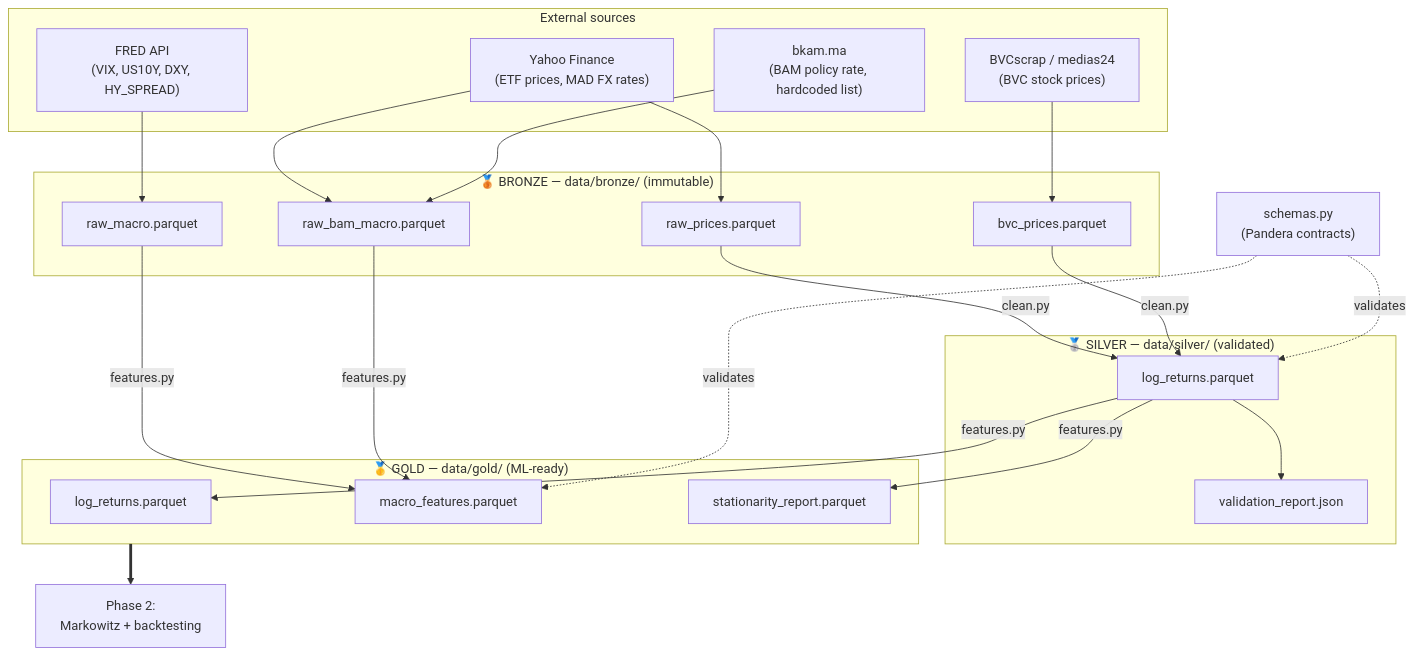
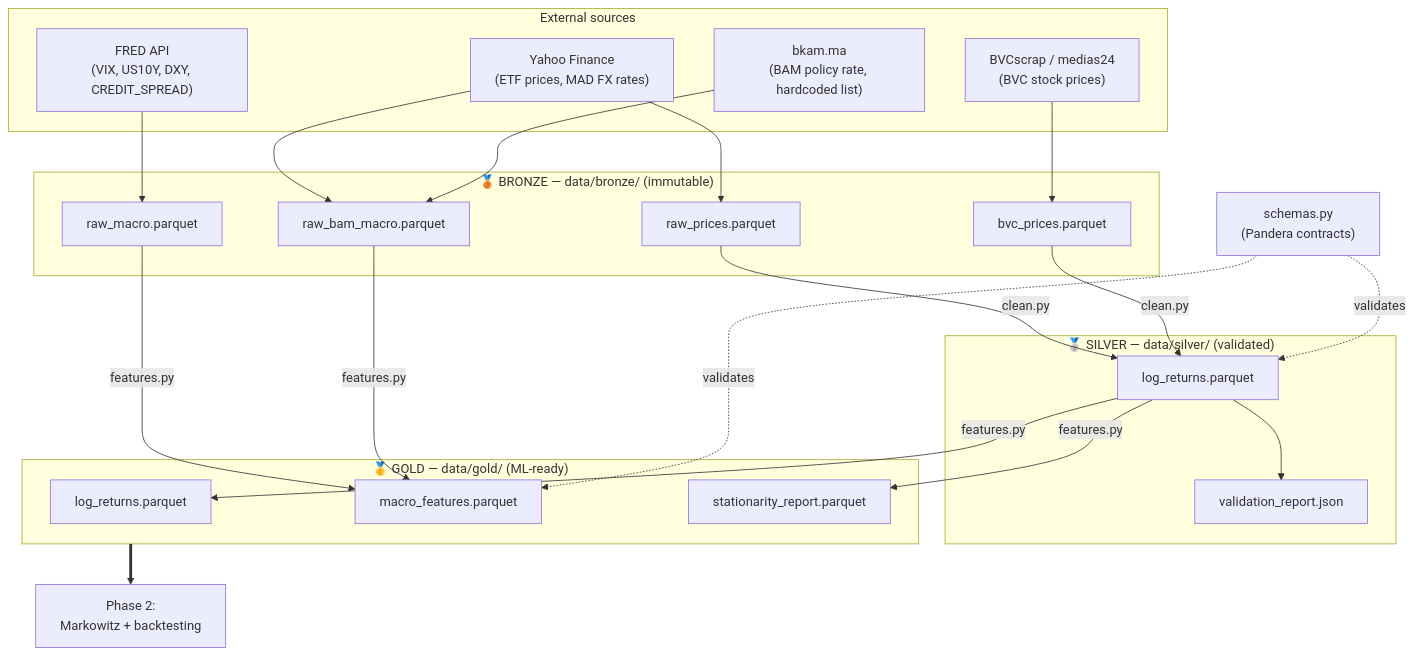
Before and after one commit to SouhailBourhim/Portfolio_ML: the diagram in docs/PHASE1_WALKTHROUGH.md, drawn with Mermaid. The commit also changed other lines of this file and 7 other files, not shown here.

First line of the commit message:
Fix data-source rot: CREDIT_SPREAD swap, BVC Bronze merge, BAM entry

````diff
--- a/docs/PHASE1_WALKTHROUGH.md
+++ b/docs/PHASE1_WALKTHROUGH.md
@@ -137,47 +137,47 @@
 ```mermaid
 flowchart TD
     subgraph Sources["External sources"]
         YF["Yahoo Finance<br/>(ETF prices, MAD FX rates)"]
-        FRED["FRED API<br/>(VIX, US10Y, DXY, HY_SPREAD)"]
+        FRED["FRED API<br/>(VIX, US10Y, DXY, CREDIT_SPREAD)"]
         BVCS["BVCscrap / medias24<br/>(BVC stock prices)"]
         BKAM["bkam.ma<br/>(BAM policy rate, hardcoded list)"]
     end
 
     subgraph Bronze["🥉 BRONZE — data/bronze/ (immutable)"]
         RP["raw_prices.parquet"]
         RM["raw_macro.parquet"]
         BP["bvc_prices.parquet"]
         BM["raw_bam_macro.parquet"]
     end
 
     subgraph Silver["🥈 SILVER — data/silver/ (validated)"]
         LR["log_returns.parquet"]
         VR["validation_report.json"]
     end
 
     subgraph Gold["🥇 GOLD — data/gold/ (ML-ready)"]
         GLR["log_returns.parquet"]
         MF["macro_features.parquet"]
         SR["stationarity_report.parquet"]
     end
 
     YF --> RP
     FRED --> RM
     BVCS --> BP
     YF --> BM
     BKAM --> BM
 
     RP -->|"clean.py"| LR
     BP -->|"clean.py"| LR
     LR --> VR
     LR -->|"features.py"| GLR
     RM -->|"features.py"| MF
     BM -->|"features.py"| MF
     LR -->|"features.py"| SR
 
     SCH["schemas.py<br/>(Pandera contracts)"]
     SCH -.->|validates| LR
     SCH -.->|validates| MF
 
     Gold ==> P2["Phase 2:<br/>Markowitz + backtesting"]
 ```
````
